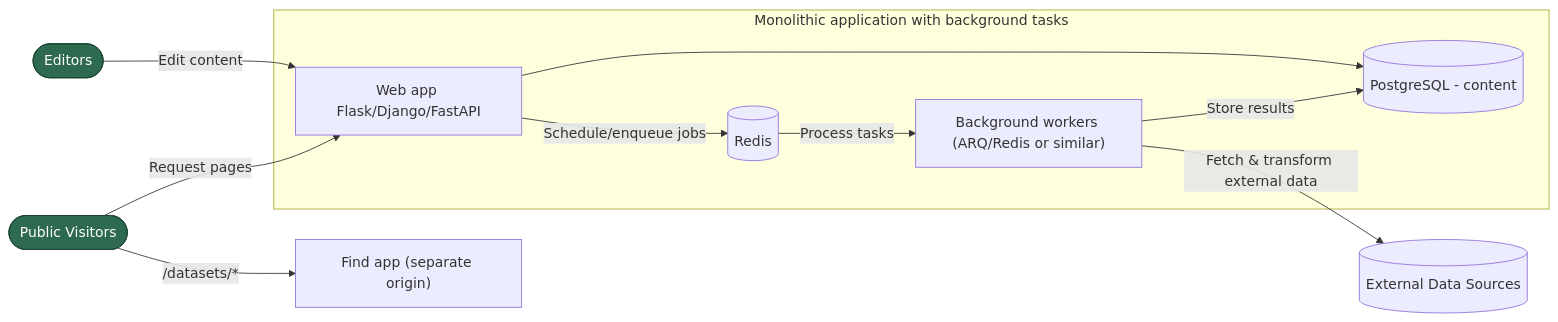
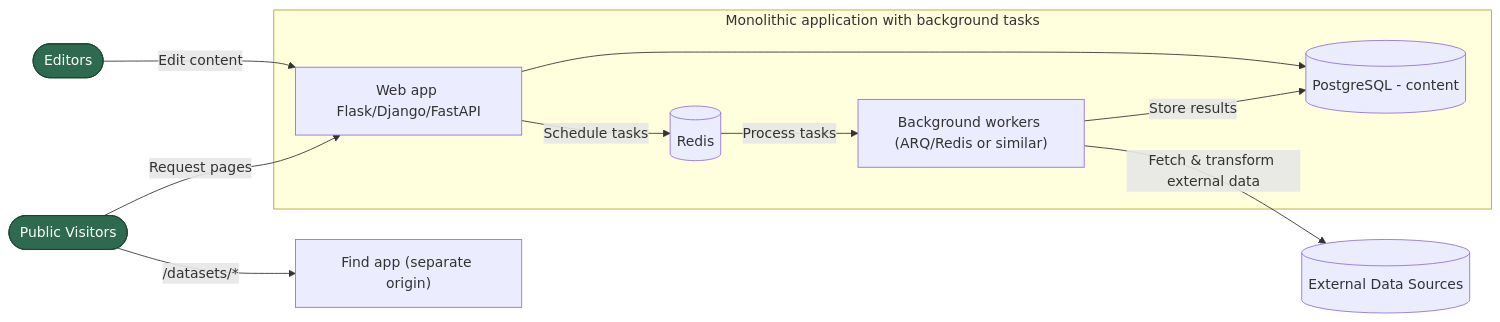
The third of 3 diagrams in docs/high-level-solution-architecture-diagrams.md (alphagov/datagovuk-sandbox), drawn with Mermaid before and after one commit.

Commit message:
docs: use same label for same activity

````diff
--- a/docs/high-level-solution-architecture-diagrams.md
+++ b/docs/high-level-solution-architecture-diagrams.md
@@ -74,26 +74,26 @@
 ```mermaid
 flowchart LR
     subgraph MONO["Monolithic application with background tasks"]
         web_app["Web app Flask/Django/FastAPI"]
         db[("PostgreSQL - content")]
         workers["Background workers (ARQ/Redis or similar)"]
         queue[("Redis")]
     end
 
     editor([Editors])
     visitor([Public Visitors])
     find_app["Find app (separate origin)"]
     data_sources[(External Data Sources)]
 
     editor -->|Edit content| web_app
     visitor -->|Request pages| web_app
     visitor -->|/datasets/*| find_app
     web_app --> db
-    web_app -->|Schedule/enqueue jobs| queue
+    web_app -->|Schedule tasks| queue
     workers -->|Fetch & transform external data| data_sources
     workers -->|Store results| db
     queue -->|Process tasks| workers
 
     classDef user fill:#2D6A4F,stroke:#1B4332,color:#FFFFFF
     class editor,visitor user
 ```
````
